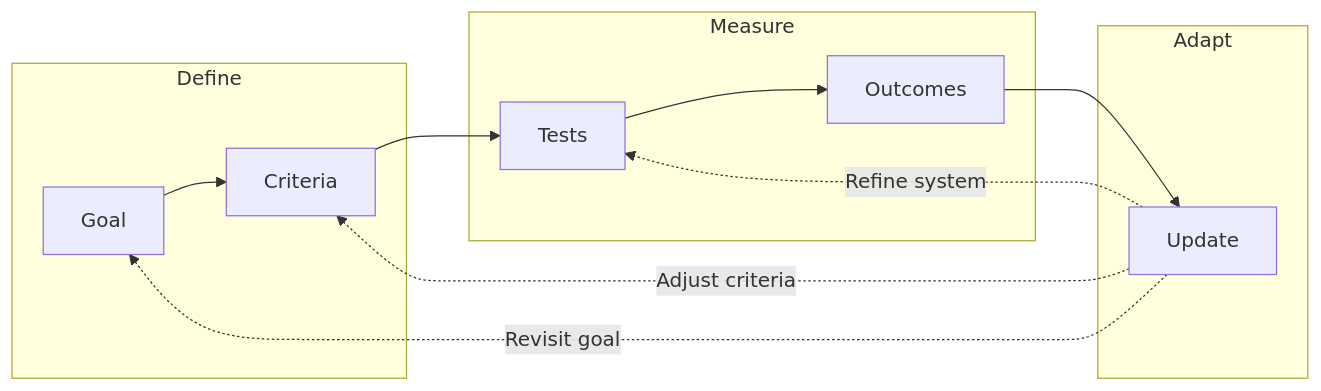
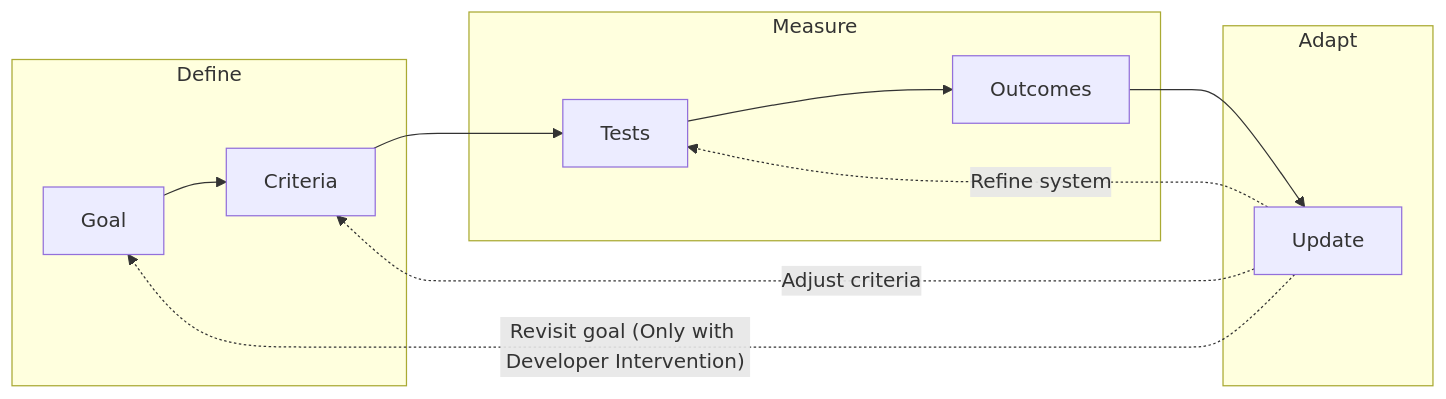
Before and after one commit to adenhq/docs: the second of 2 diagrams in concepts/outcome-driven-development.mdx, drawn with Mermaid. The commit also changed other lines of this file, not shown here.

Commit message:
chore: detail about revisiting goals

````diff
--- a/concepts/outcome-driven-development.mdx
+++ b/concepts/outcome-driven-development.mdx
@@ -123,19 +123,19 @@
 ```mermaid
 flowchart LR
     subgraph DEFINE["Define"]
         G["Goal"] --> C["Criteria"]
     end
 
     subgraph MEASURE["Measure"]
         C --> T["Tests"]
         T --> O["Outcomes"]
     end
 
     subgraph ADAPT["Adapt"]
         O --> U["Update"]
     end
 
     U -.->|"Refine system"| T
     U -.->|"Adjust criteria"| C
-    U -.->|"Revisit goal"| G
+    U -.->|"Revisit goal (Only with Developer Intervention)"| G
 ```
````
